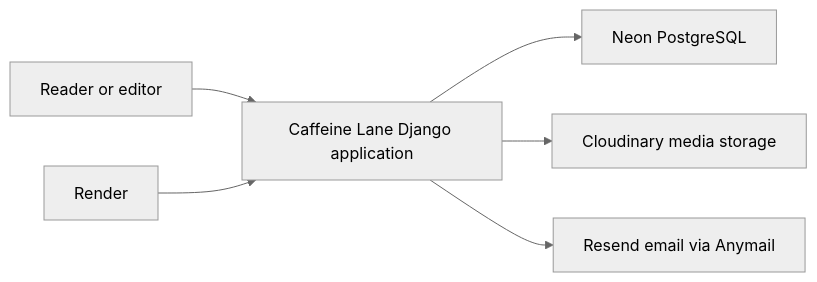
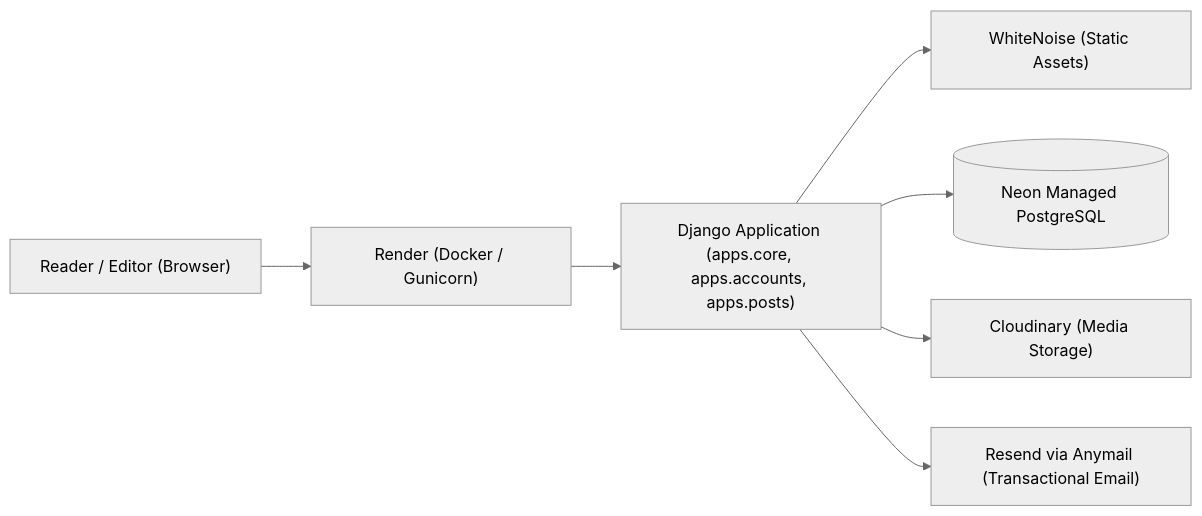
One commit to acevedo-daniel/caffeine-lane changed the diagram in docs/ARCHITECTURE.md. Above: the diagram before and after it, drawn with Mermaid (neutral theme). The commit also changed other lines of this file and 14 other files, not shown here.

Commit message:
docs: add project documentation, architecture, deployment, and testing guides with supporting screenshots

````diff
--- a/docs/ARCHITECTURE.md
+++ b/docs/ARCHITECTURE.md
@@ -9,8 +9,9 @@
 ```mermaid
 flowchart LR
-    U["Reader or editor"] --> A["Caffeine Lane Django application"]
-    A --> N["Neon PostgreSQL"]
-    A --> C["Cloudinary media storage"]
-    A --> R["Resend email via Anymail"]
-    D["Render"] --> A
+    U["Reader / Editor (Browser)"] --> R["Render (Docker / Gunicorn)"]
+    R --> D["Django Application (apps.core, apps.accounts, apps.posts)"]
+    D --> W["WhiteNoise (Static Assets)"]
+    D --> N[("Neon Managed PostgreSQL")]
+    D --> C["Cloudinary (Media Storage)"]
+    D --> E["Resend via Anymail (Transactional Email)"]
 ```
````
